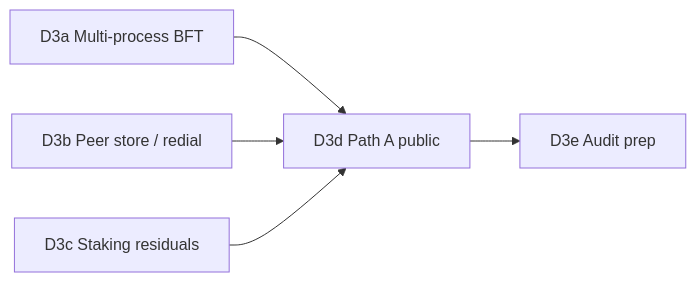
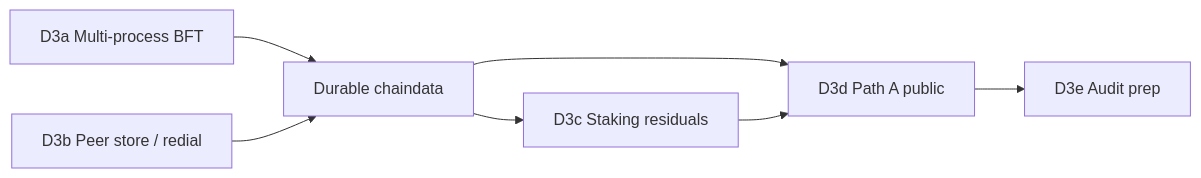
Before and after one commit to dewnetwork/dew: the first of 3 diagrams in docs/development/d3-scale.md, drawn with Mermaid. The commit also changed other lines of this file and 53 other files, not shown here.

Commit message:
refactor: standardize test database initialization and implement durable chaindata persistence layer

````diff
--- a/docs/development/d3-scale.md
+++ b/docs/development/d3-scale.md
@@ -22,12 +24,15 @@
 ```mermaid
 flowchart LR
   D3a[D3a Multi-process BFT]
   D3b[D3b Peer store / redial]
+  Dur[Durable chaindata]
   D3c[D3c Staking residuals]
   D3d[D3d Path A public]
   D3e[D3e Audit prep]
-  D3a --> D3d
-  D3b --> D3d
+  D3a --> Dur
+  D3b --> Dur
+  Dur --> D3d
+  Dur --> D3c
   D3c --> D3d
   D3d --> D3e
 ```
````
